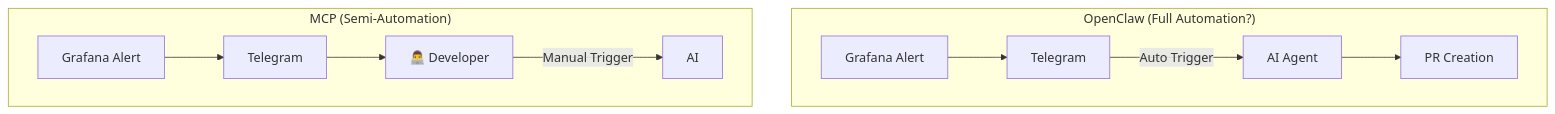
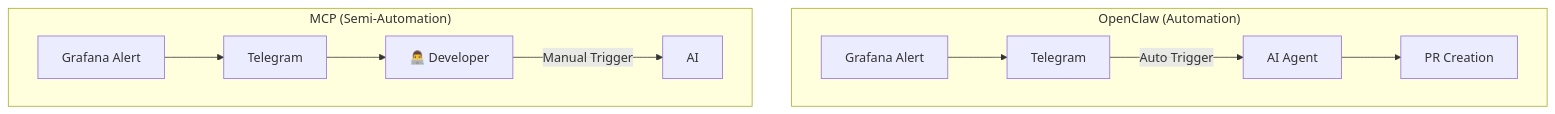
The third of 6 diagrams in content/blog/trends/openclaw-error-autopilot.en.md (12OneTwo12/12OneTwo12.github.io), drawn with Mermaid before and after one commit. The commit also changed other lines of this file and 1 other file, not shown here.

````diff
--- a/content/blog/trends/openclaw-error-autopilot.en.md
+++ b/content/blog/trends/openclaw-error-autopilot.en.md
@@ -161,14 +161,14 @@
 ```mermaid
 flowchart TB
-    subgraph After["OpenClaw (Full Automation?)"]
+    subgraph After["OpenClaw (Automation)"]
         Alert2["Grafana Alert"] --> TG2["Telegram"]
         TG2 -->|"Auto Trigger"| AI2["AI Agent"]
         AI2 --> PR["PR Creation"]
     end
 
     subgraph Before["MCP (Semi-Automation)"]
         Alert1["Grafana Alert"] --> TG1["Telegram"]
         TG1 --> Human1["👨‍💻 Developer"]
         Human1 -->|"Manual Trigger"| AI1["AI"]
     end
 ```
````
